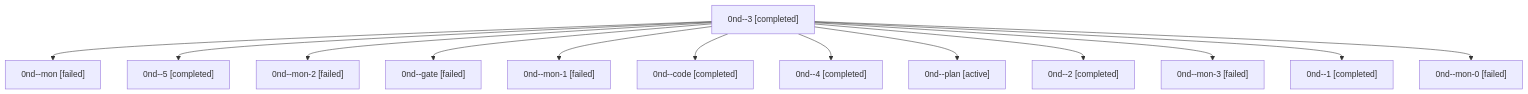
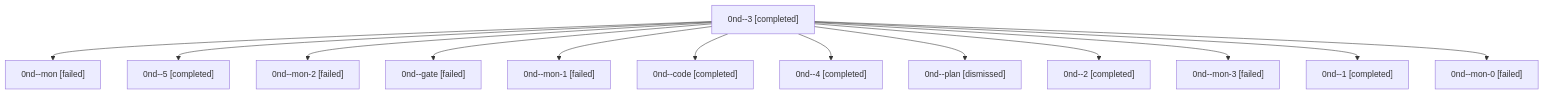
One commit to sase-org/sase--agents changed the diagram in sessions/bbugyi200.athena.0nd.md. Above: the diagram before and after it, drawn with Mermaid. The commit also changed other lines of this file and 33 other files, not shown here.

````diff
--- a/sessions/bbugyi200.athena.0nd.md
+++ b/sessions/bbugyi200.athena.0nd.md
@@ -9,28 +9,28 @@
 ```mermaid
 flowchart TD
   n0["0nd--3 [completed]"]
   n1["0nd--mon [failed]"]
   n0 --> n1
   n2["0nd--5 [completed]"]
   n0 --> n2
   n3["0nd--mon-2 [failed]"]
   n0 --> n3
   n4["0nd--gate [failed]"]
   n0 --> n4
   n5["0nd--mon-1 [failed]"]
   n0 --> n5
   n6["0nd--code [completed]"]
   n0 --> n6
   n7["0nd--4 [completed]"]
   n0 --> n7
-  n8["0nd--plan [active]"]
+  n8["0nd--plan [dismissed]"]
   n0 --> n8
   n9["0nd--2 [completed]"]
   n0 --> n9
   n10["0nd--mon-3 [failed]"]
   n0 --> n10
   n11["0nd--1 [completed]"]
   n0 --> n11
   n12["0nd--mon-0 [failed]"]
   n0 --> n12
 ```
````
